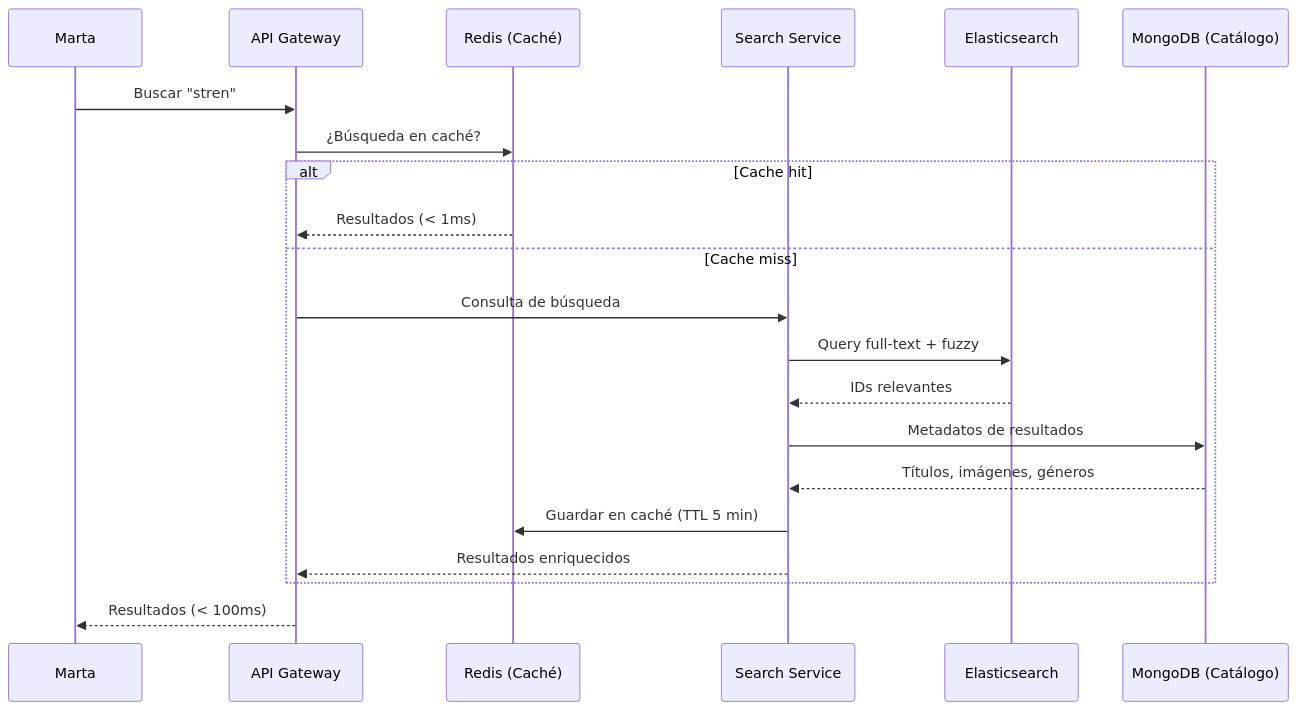
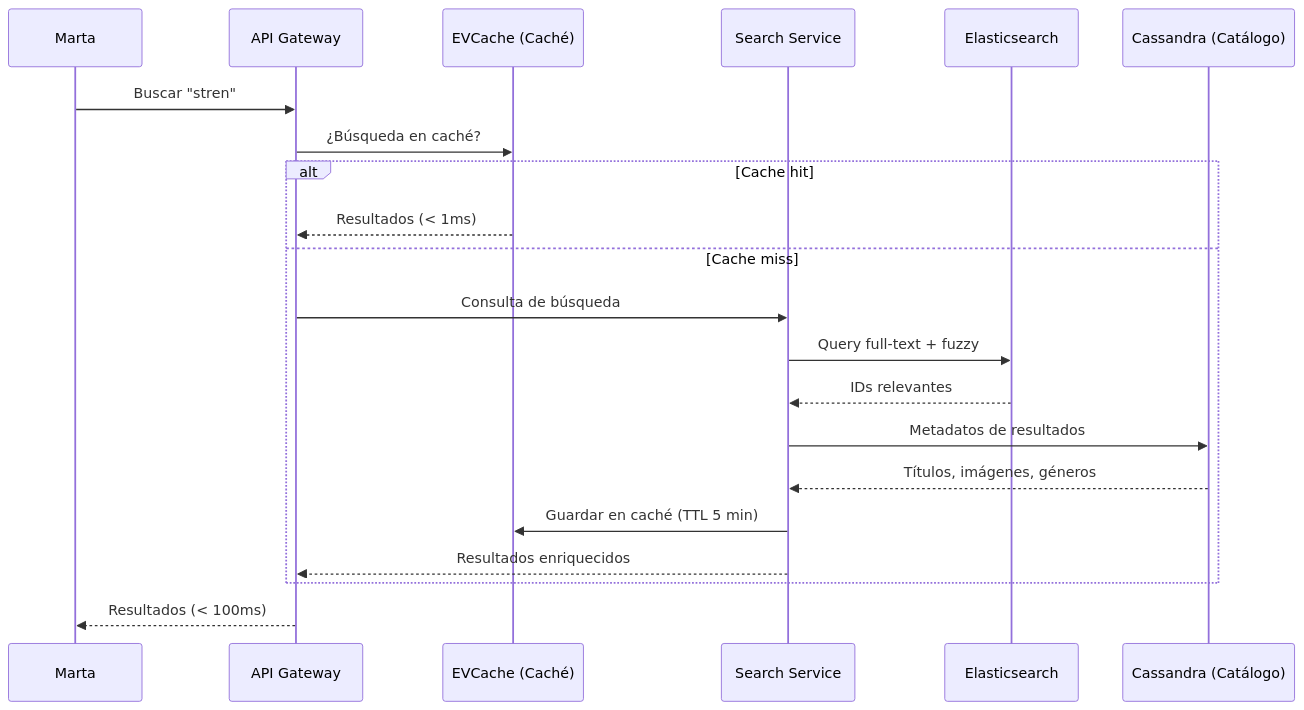
Before and after one commit to joseluisgs/joseluisgs: the fourth of 10 diagrams in web/src/posts/2026/2026-08-24-netflix-arquitectura-datos.md, drawn with Mermaid. The commit also changed other lines of this file, not shown here.

Commit message:
feat: actualizar artículo sobre la arquitectura de datos de Netflix, reemplazando Redis por EVCache y añadiendo nuevas tecnologías de base de datos

````diff
--- a/web/src/posts/2026/2026-08-24-netflix-arquitectura-datos.md
+++ b/web/src/posts/2026/2026-08-24-netflix-arquitectura-datos.md
@@ -197,24 +199,24 @@
 ```mermaid
 sequenceDiagram
     participant M as Marta
     participant API as API Gateway
-    participant R as Redis (Caché)
+    participant R as EVCache (Caché)
     participant Search as Search Service
     participant ES as Elasticsearch
-    participant Mongo as MongoDB (Catálogo)
+    participant Cass as Cassandra (Catálogo)
 
     M->>API: Buscar "stren"
     API->>R: ¿Búsqueda en caché?
     alt Cache hit
         R-->>API: Resultados (< 1ms)
     else Cache miss
         API->>Search: Consulta de búsqueda
         Search->>ES: Query full-text + fuzzy
         ES-->>Search: IDs relevantes
-        Search->>Mongo: Metadatos de resultados
-        Mongo-->>Search: Títulos, imágenes, géneros
+        Search->>Cass: Metadatos de resultados
+        Cass-->>Search: Títulos, imágenes, géneros
         Search->>R: Guardar en caché (TTL 5 min)
         Search-->>API: Resultados enriquecidos
     end
     API-->>M: Resultados (< 100ms)
 ```
````
